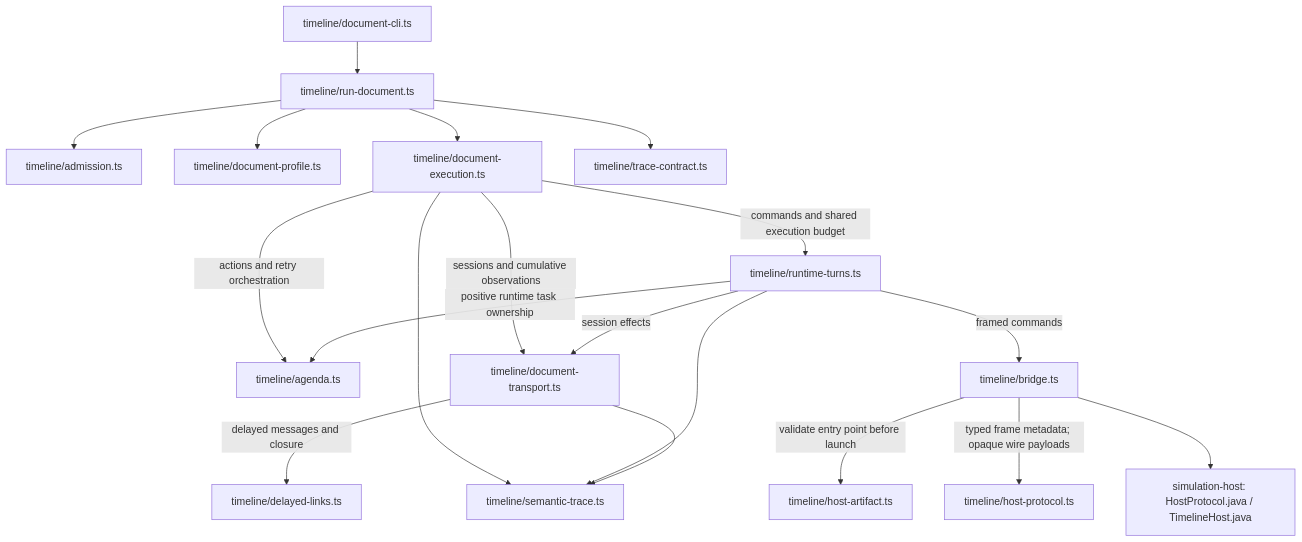
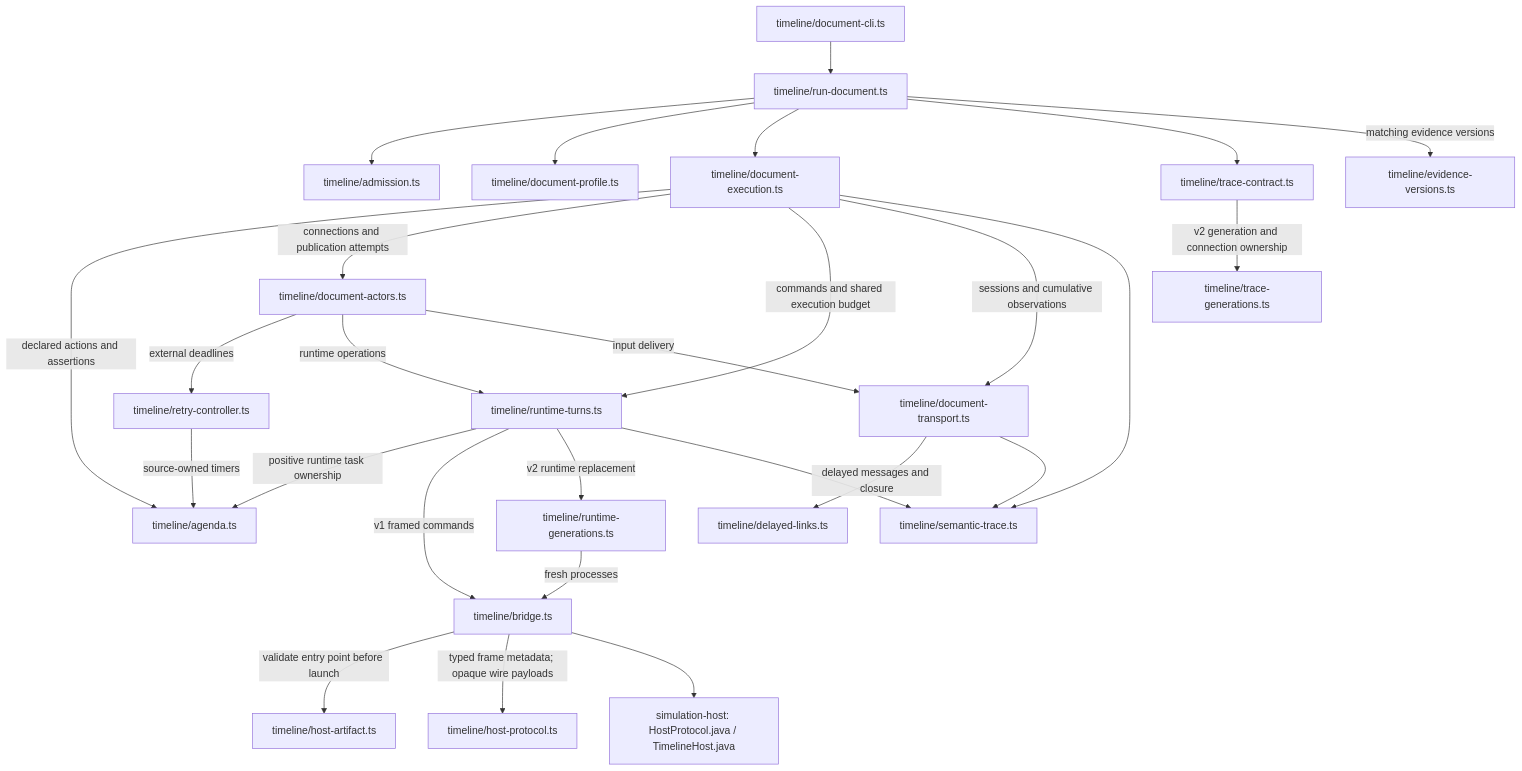
Diagram 15 of 24 in workbench/docs/source-map.md (sproates/zooglass), drawn with Mermaid before and after one commit. The commit also changed other lines of this file and 37 other files, not shown here.

````diff
--- a/workbench/docs/source-map.md
+++ b/workbench/docs/source-map.md
@@ -516,21 +516,29 @@
 ```mermaid
 flowchart TB
   cli["timeline/document-cli.ts"] --> run["timeline/run-document.ts"]
   run --> admission["timeline/admission.ts"]
   run --> profile["timeline/document-profile.ts"]
   run --> execution["timeline/document-execution.ts"]
-  execution -->|actions and retry orchestration| agenda["timeline/agenda.ts"]
+  execution -->|declared actions and assertions| agenda["timeline/agenda.ts"]
+  execution -->|connections and publication attempts| actors["timeline/document-actors.ts"]
+  actors -->|external deadlines| retries["timeline/retry-controller.ts"]
+  retries -->|source-owned timers| agenda
+  actors -->|runtime operations| turns
+  actors -->|input delivery| transport
   execution -->|commands and shared execution budget| turns["timeline/runtime-turns.ts"]
   execution -->|sessions and cumulative observations| transport["timeline/document-transport.ts"]
-  turns -->|session effects| transport
   turns -->|positive runtime task ownership| agenda
-  turns -->|framed commands| bridge["timeline/bridge.ts"]
+  turns -->|v1 framed commands| bridge["timeline/bridge.ts"]
+  turns -->|v2 runtime replacement| generations["timeline/runtime-generations.ts"]
+  generations -->|fresh processes| bridge
   transport -->|delayed messages and closure| links["timeline/delayed-links.ts"]
   execution --> trace["timeline/semantic-trace.ts"]
   turns --> trace
   transport --> trace
   run --> validation["timeline/trace-contract.ts"]
+  run -->|matching evidence versions| versions["timeline/evidence-versions.ts"]
+  validation -->|v2 generation and connection ownership| traceGenerations["timeline/trace-generations.ts"]
   bridge -->|validate entry point before launch| artifact["timeline/host-artifact.ts"]
   bridge -->|typed frame metadata; opaque wire payloads| protocol["timeline/host-protocol.ts"]
   bridge --> host["simulation-host: HostProtocol.java / TimelineHost.java"]
 ```
````
